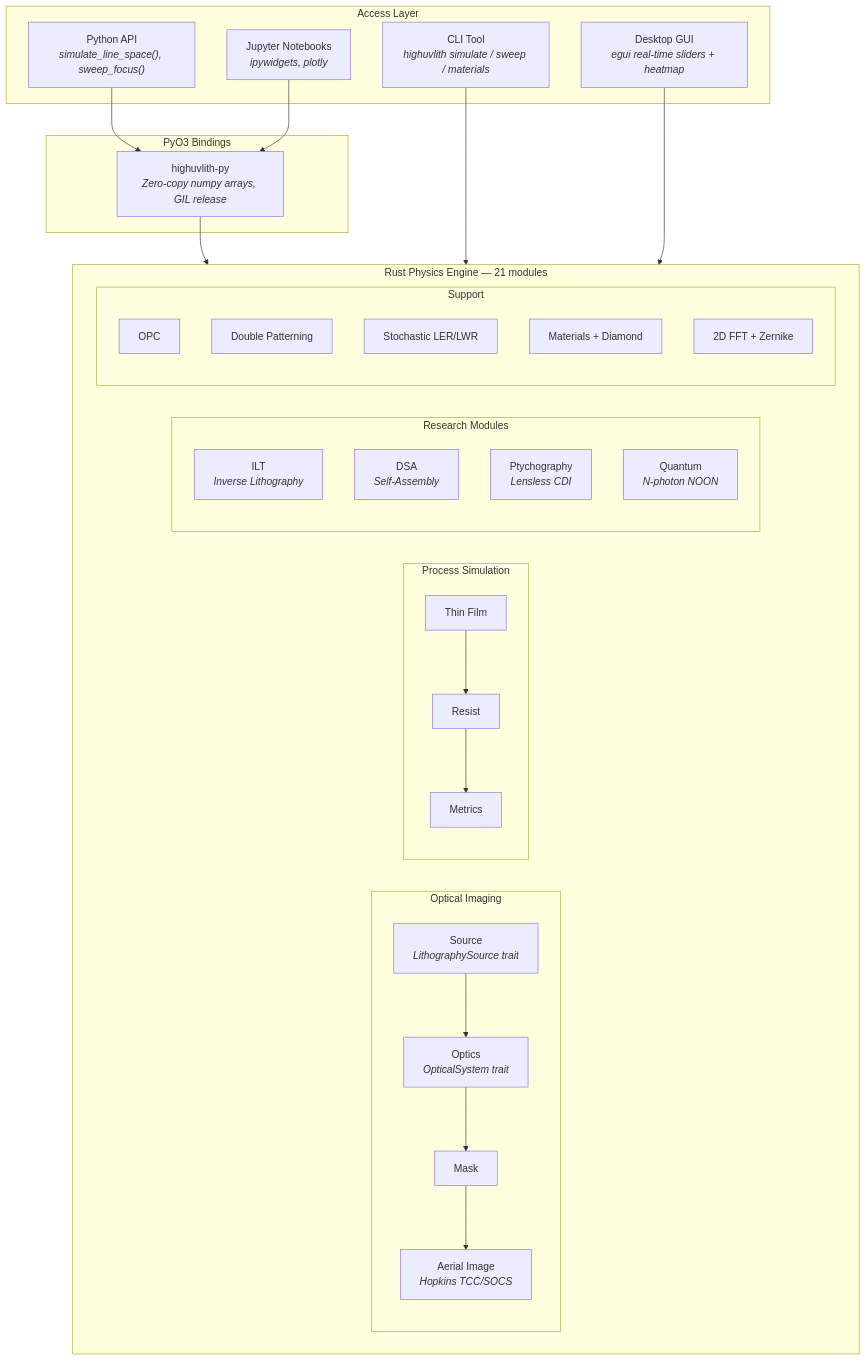
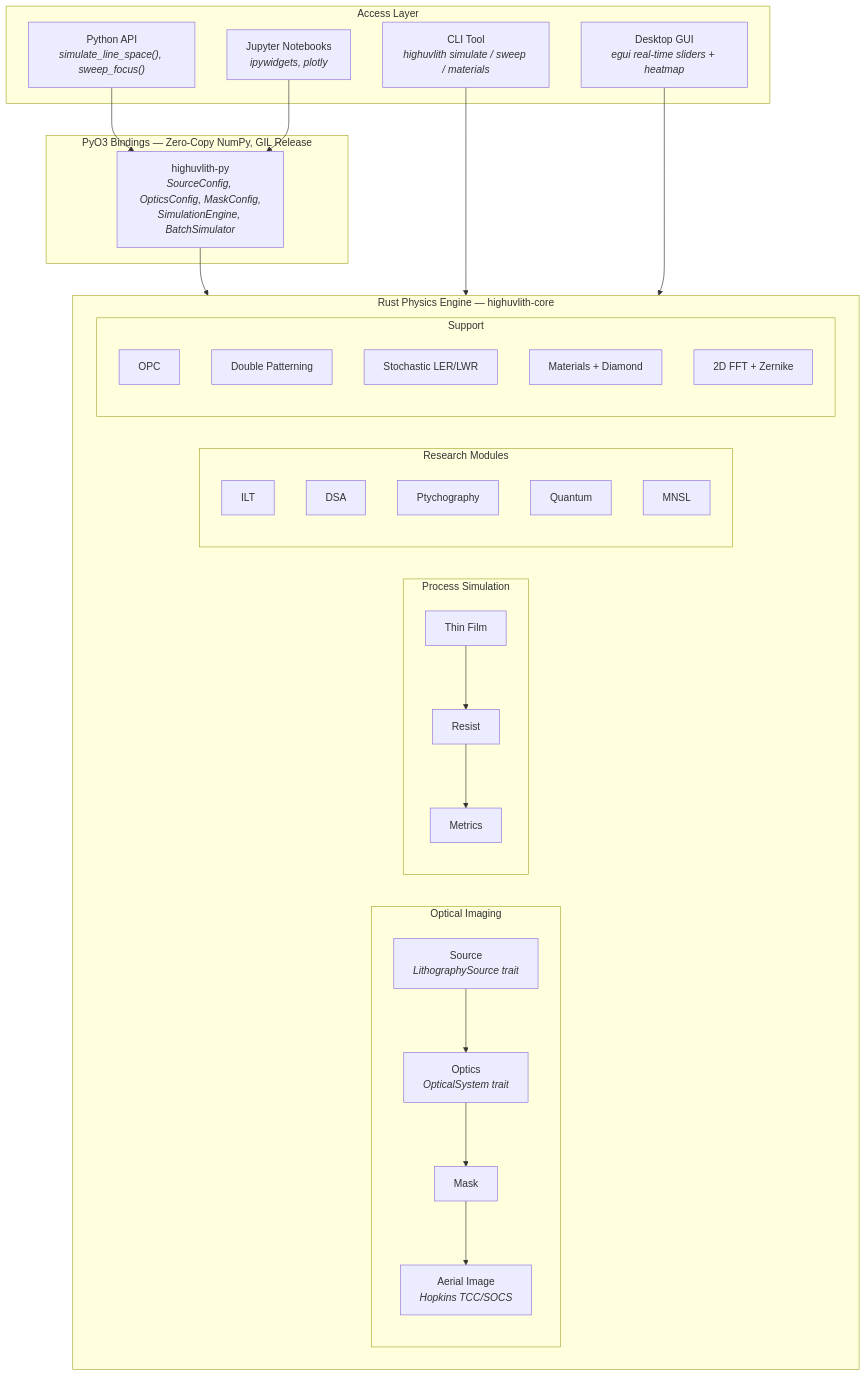
Before and after one commit to EMinsight/highuvlith: the second of 8 diagrams in README.md, drawn with Mermaid. The commit also changed other lines of this file and 72 other files, not shown here.

````diff
--- a/README.md
+++ b/README.md
@@ -15,47 +50,48 @@
 ```mermaid
 graph TB
     subgraph Access["Access Layer"]
         PY["Python API<br/><i>simulate_line_space(), sweep_focus()</i>"]
         CLI["CLI Tool<br/><i>highuvlith simulate / sweep / materials</i>"]
         GUI["Desktop GUI<br/><i>egui real-time sliders + heatmap</i>"]
         JUP["Jupyter Notebooks<br/><i>ipywidgets, plotly</i>"]
     end
 
-    subgraph Bindings["PyO3 Bindings"]
-        PYO3["highuvlith-py<br/><i>Zero-copy numpy arrays, GIL release</i>"]
+    subgraph Bindings["PyO3 Bindings — Zero-Copy NumPy, GIL Release"]
+        PYO3["highuvlith-py<br/><i>SourceConfig, OpticsConfig, MaskConfig,<br/>SimulationEngine, BatchSimulator</i>"]
     end
 
-    subgraph Core["Rust Physics Engine — 21 modules"]
+    subgraph Core["Rust Physics Engine — highuvlith-core"]
         direction LR
         subgraph Imaging["Optical Imaging"]
             SRC["Source<br/><i>LithographySource trait</i>"]
             OPT["Optics<br/><i>OpticalSystem trait</i>"]
             MSK[Mask]
             AER["Aerial Image<br/><i>Hopkins TCC/SOCS</i>"]
             SRC --> OPT --> MSK --> AER
         end
         subgraph Process["Process Simulation"]
             TF[Thin Film] --> RES[Resist]
             RES --> MET[Metrics]
         end
         subgraph Research["Research Modules"]
-            ILT["ILT<br/><i>Inverse Lithography</i>"]
-            DSA["DSA<br/><i>Self-Assembly</i>"]
-            PTY["Ptychography<br/><i>Lensless CDI</i>"]
-            QLI["Quantum<br/><i>N-photon NOON</i>"]
+            ILT["ILT"]
+            DSA["DSA"]
+            PTY["Ptychography"]
+            QLI["Quantum"]
+            MNSL["MNSL"]
         end
         subgraph Support["Support"]
             OPC[OPC]
             DP[Double Patterning]
             STO[Stochastic LER/LWR]
             MAT["Materials + Diamond"]
             FFT[2D FFT + Zernike]
         end
     end
 
     PY --> PYO3
     JUP --> PYO3
     PYO3 --> Core
     CLI --> Core
     GUI --> Core
 ```
````
